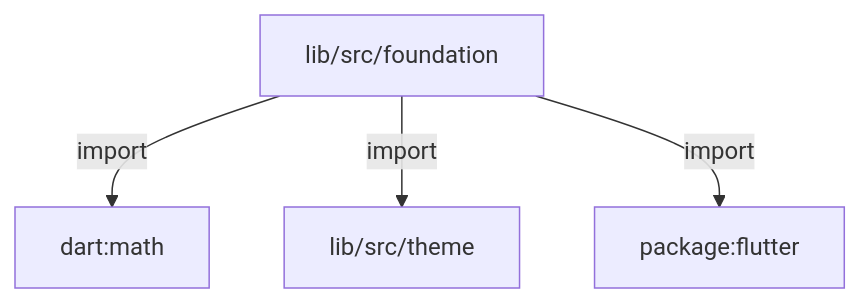
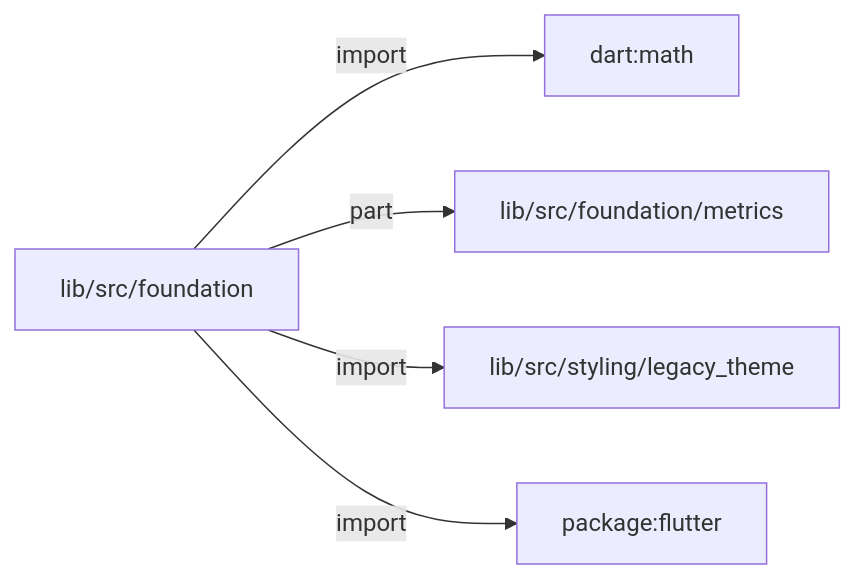
Before and after one commit to MiuDog/Kallopis: the first of 4 diagrams in docs/architecture/src/foundation/README.md, drawn with Mermaid. The commit also changed other lines of this file and 3539 other files, not shown here.

````diff
--- a/docs/architecture/src/foundation/README.md
+++ b/docs/architecture/src/foundation/README.md
@@ -34,10 +40,12 @@
 ```mermaid
-flowchart TD
+flowchart LR
 	n0["lib/src/foundation"]
 	n1["dart:math"]
-	n2["lib/src/theme"]
-	n3["package:flutter"]
+	n2["lib/src/foundation/metrics"]
+	n3["lib/src/styling/legacy_theme"]
+	n4["package:flutter"]
 	n0 -->|"import"| n1
-	n0 -->|"import"| n2
+	n0 -->|"part"| n2
 	n0 -->|"import"| n3
+	n0 -->|"import"| n4
 ```
````
